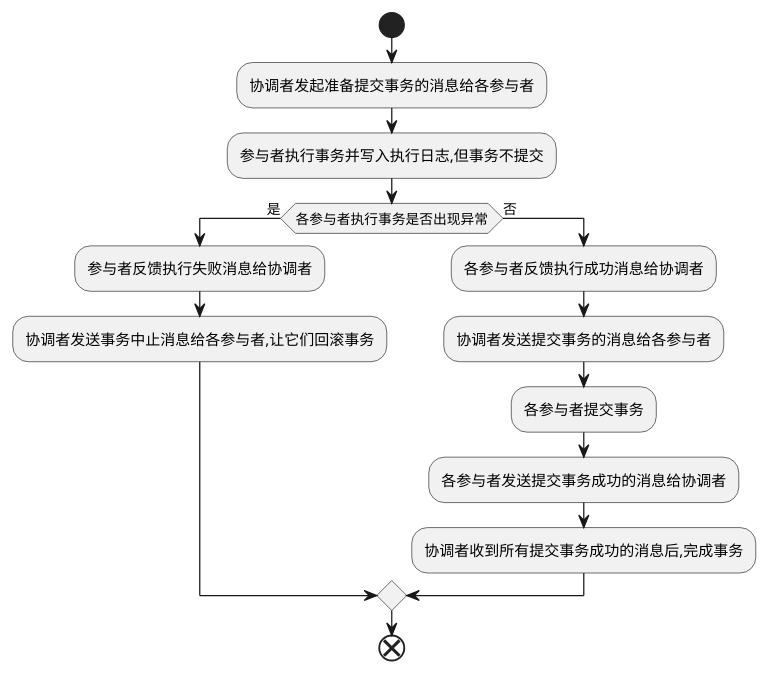
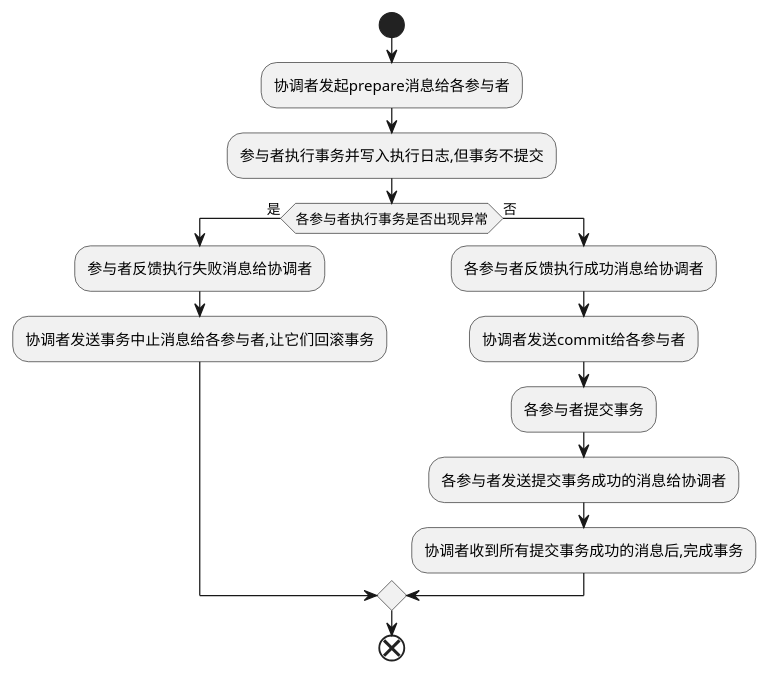
The first of 5 diagrams in data/distributed_transaction.pu (kmjuq/blog), drawn with PlantUML before and after one commit. The commit also changed other lines of this file and 35 other files, not shown here.

```diff
--- a/data/distributed_transaction.pu
+++ b/data/distributed_transaction.pu
@@ -1,16 +1,16 @@
 @startuml 2pc
 start
-:协调者发起准备提交事务的消息给各参与者;
+:协调者发起prepare消息给各参与者;
 :参与者执行事务并写入执行日志,但事务不提交;
 if(各参与者执行事务是否出现异常) then (是)
     :参与者反馈执行失败消息给协调者;
     :协调者发送事务中止消息给各参与者,让它们回滚事务;
 else (否)
     :各参与者反馈执行成功消息给协调者;
-    :协调者发送提交事务的消息给各参与者;
+    :协调者发送commit给各参与者;
     :各参与者提交事务;
     :各参与者发送提交事务成功的消息给协调者;
     :协调者收到所有提交事务成功的消息后,完成事务;
 endif
 end
 @enduml
```
